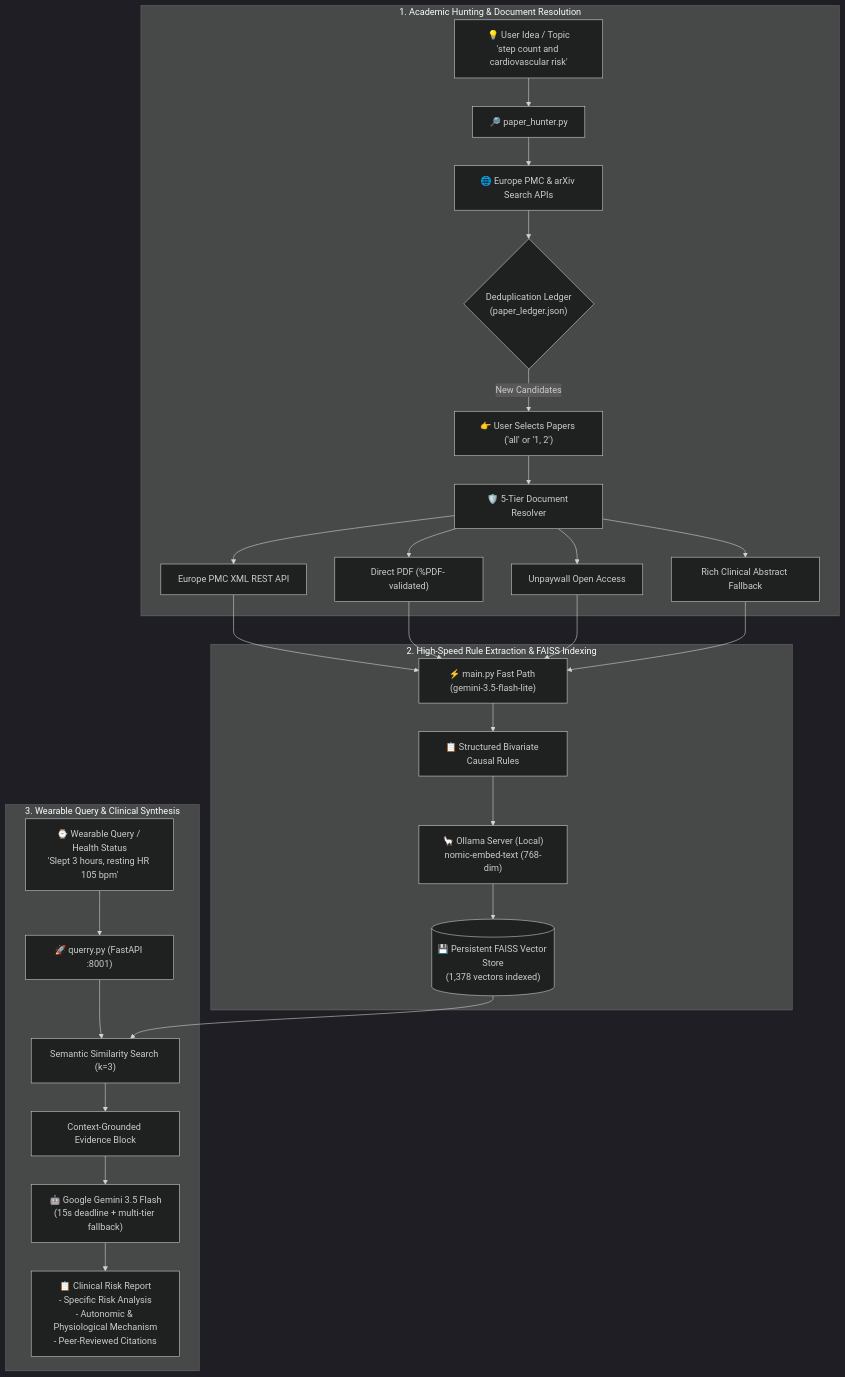
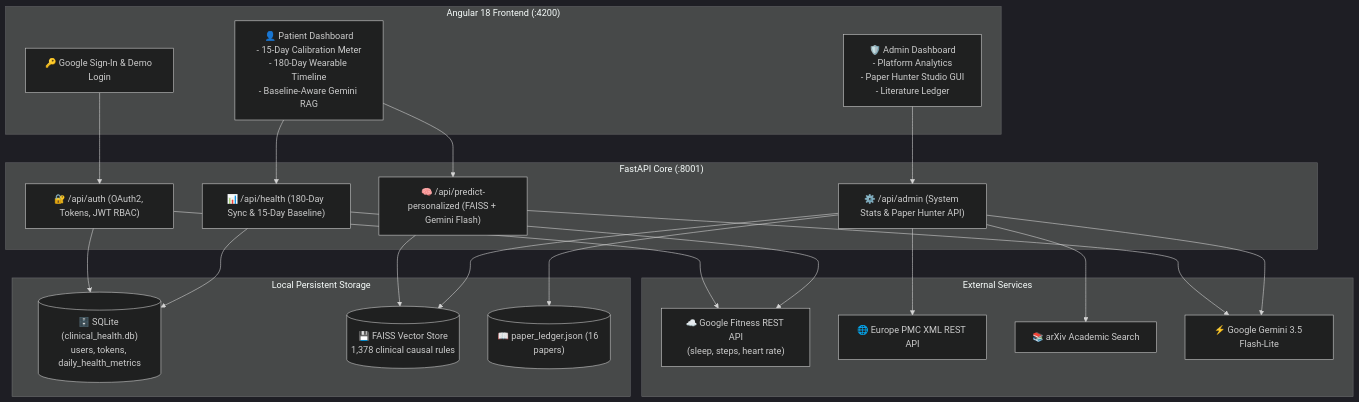
The first of 3 diagrams in README.md (oolalabravo/health-rules-extractor-rag), drawn with Mermaid (dark theme) before and after one commit. The commit also changed other lines of this file and 4 other files, not shown here.

Commit message:
docs: comprehensive README overhaul with Google Health OAuth2, 15-day baselining, Angular dashboard, and Paper Hunter GUI

````diff
--- a/README.md
+++ b/README.md
@@ -61,33 +68,44 @@
 ```mermaid
 flowchart TD
-    subgraph S1 ["1. Academic Hunting & Document Resolution"]
-        Idea["💡 User Idea / Topic<br/>'step count and cardiovascular risk'"] --> Hunter["🔎 paper_hunter.py"]
-        Hunter --> SearchAPIs["🌐 Europe PMC & arXiv Search APIs"]
-        SearchAPIs --> Dedup{"Deduplication Ledger<br/>(paper_ledger.json)"}
-        Dedup -->|New Candidates| UserSelect["👉 User Selects Papers ('all' or '1, 2')"]
-        UserSelect --> Resolver["🛡️ 5-Tier Document Resolver"]
-        Resolver --> EPMC["Europe PMC XML REST API"]
-        Resolver --> DirectPDF["Direct PDF (%PDF- validated)"]
-        Resolver --> Unpaywall["Unpaywall Open Access"]
-        Resolver --> Abstract["Rich Clinical Abstract Fallback"]
+    subgraph Frontend ["Angular 18 Frontend (:4200)"]
+        LoginView["🔑 Google Sign-In & Demo Login"]
+        UserDash["👤 Patient Dashboard<br/>- 15-Day Calibration Meter<br/>- 180-Day Wearable Timeline<br/>- Baseline-Aware Gemini RAG"]
+        AdminDash["🛡️ Admin Dashboard<br/>- Platform Analytics<br/>- Paper Hunter Studio GUI<br/>- Literature Ledger"]
     end
 
-    subgraph S2 ["2. High-Speed Rule Extraction & FAISS Indexing"]
-        EPMC --> Ingest["⚡ main.py Fast Path (gemini-3.5-flash-lite)"]
-        DirectPDF --> Ingest
-        Unpaywall --> Ingest
-        Abstract --> Ingest
-        Ingest --> RuleSchema["📋 Structured Bivariate Causal Rules"]
-        RuleSchema --> Ollama["🦙 Ollama Server (Local)<br/>nomic-embed-text (768-dim)"]
-        Ollama --> FAISS[("💾 Persistent FAISS Vector Store<br/>(1,378 vectors indexed)")]
+    subgraph Backend ["FastAPI Core (:8001)"]
+        AuthRouter["🔐 /api/auth (OAuth2, Tokens, JWT RBAC)"]
+        HealthRouter["📊 /api/health (180-Day Sync & 15-Day Baseline)"]
+        PredictRouter["🧠 /api/predict-personalized (FAISS + Gemini Flash)"]
+        AdminRouter["⚙️ /api/admin (System Stats & Paper Hunter API)"]
     end
 
-    subgraph S3 ["3. Wearable Query & Clinical Synthesis"]
-        SensorQuery["⌚ Wearable Query / Health Status<br/>'Slept 3 hours, resting HR 105 bpm'"] --> QuerryAPI["🚀 querry.py (FastAPI :8001)"]
-        QuerryAPI --> VectorMatch["Semantic Similarity Search (k=3)"]
-        FAISS --> VectorMatch
-        VectorMatch --> Context["Context-Grounded Evidence Block"]
-        Context --> GeminiFlash["🤖 Google Gemini 3.5 Flash<br/>(15s deadline + multi-tier fallback)"]
-        GeminiFlash --> ClinicalReport["📋 Clinical Risk Report<br/>- Specific Risk Analysis<br/>- Autonomic & Physiological Mechanism<br/>- Peer-Reviewed Citations"]
+    subgraph External ["External Services"]
+        GoogleCloud["☁️ Google Fitness REST API<br/>(sleep, steps, heart rate)"]
+        EPMC["🌐 Europe PMC XML REST API"]
+        arXiv["📚 arXiv Academic Search"]
+        GeminiAPI["⚡ Google Gemini 3.5 Flash-Lite"]
     end
+
+    subgraph Storage ["Local Persistent Storage"]
+        SQLite[("🗄️ SQLite (clinical_health.db)<br/>users, tokens, daily_health_metrics")]
+        FAISSStore[("💾 FAISS Vector Store<br/>1,378 clinical causal rules")]
+        Ledger[("📖 paper_ledger.json (16 papers)")]
+    end
+
+    LoginView --> AuthRouter
+    AuthRouter --> GoogleCloud
+    AuthRouter --> SQLite
+    HealthRouter --> GoogleCloud
+    HealthRouter --> SQLite
+    UserDash --> HealthRouter
+    UserDash --> PredictRouter
+    PredictRouter --> FAISSStore
+    PredictRouter --> GeminiAPI
+    AdminDash --> AdminRouter
+    AdminRouter --> EPMC
+    AdminRouter --> arXiv
+    AdminRouter --> GeminiAPI
+    AdminRouter --> FAISSStore
+    AdminRouter --> Ledger
 ```
````
